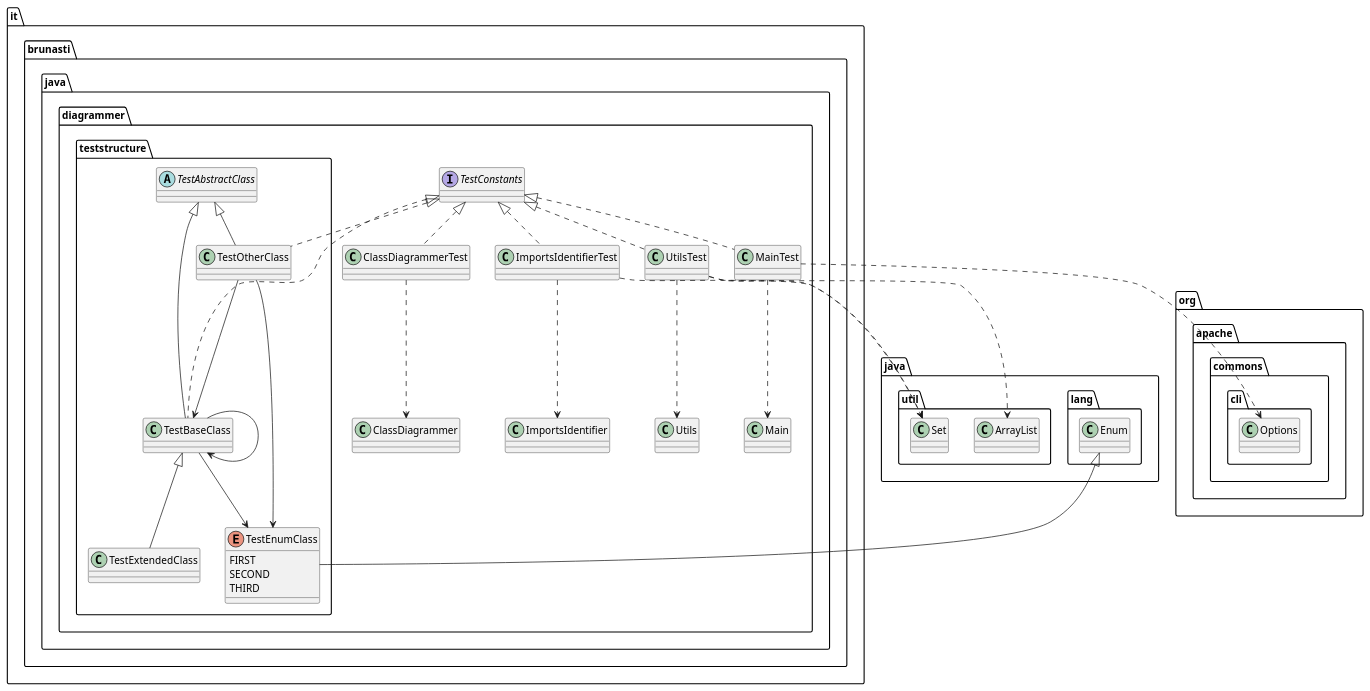
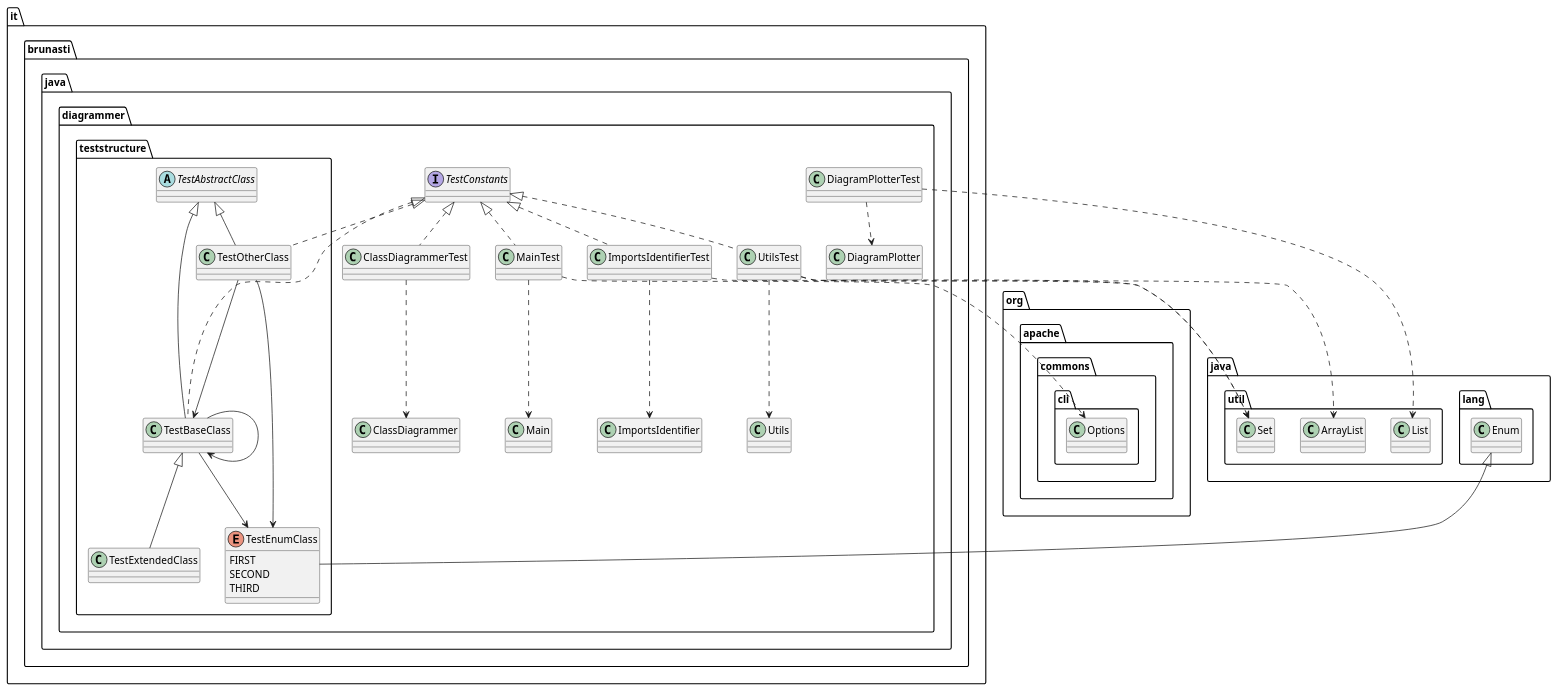
Before and after one commit to brunasti/java-diagrammer: the diagram in docs/output-test.puml, drawn with PlantUML. The commit also changed 3 other files, not shown here.

Commit message:
Adds tests for DiagramPlotter

```diff
--- a/docs/output-test.puml
+++ b/docs/output-test.puml
@@ -1,62 +1,65 @@
 @startuml
 'https://plantuml.com/class-diagram
 
 ' GENERATE CLASS DIAGRAM ===========
 ' Generator       : it.brunasti.java.diagrammer.ClassDiagrammer
 ' Path            : [./target/test-classes]
 ' Configuration   : []
-' Generated at    : Fri Mar 29 13:14:27 CET 2024
+' Generated at    : Tue Apr 02 10:16:12 CEST 2024
 
 
 
 ' CLASSES =======
 class it.brunasti.java.diagrammer.ClassDiagrammerTest
 class it.brunasti.java.diagrammer.UtilsTest
 interface it.brunasti.java.diagrammer.TestConstants
 class it.brunasti.java.diagrammer.ImportsIdentifierTest
+class it.brunasti.java.diagrammer.DiagramPlotterTest
 abstract it.brunasti.java.diagrammer.teststructure.TestAbstractClass
 class it.brunasti.java.diagrammer.teststructure.TestBaseClass
 enum it.brunasti.java.diagrammer.teststructure.TestEnumClass{
   FIRST
   SECOND
   THIRD
 }
 class it.brunasti.java.diagrammer.teststructure.TestExtendedClass
 class it.brunasti.java.diagrammer.teststructure.TestOtherClass
 class it.brunasti.java.diagrammer.MainTest
 
 ' INHERITANCES =======
 it.brunasti.java.diagrammer.teststructure.TestAbstractClass <|-- it.brunasti.java.diagrammer.teststructure.TestBaseClass
 java.lang.Enum <|-- it.brunasti.java.diagrammer.teststructure.TestEnumClass
 it.brunasti.java.diagrammer.teststructure.TestBaseClass <|-- it.brunasti.java.diagrammer.teststructure.TestExtendedClass
 it.brunasti.java.diagrammer.teststructure.TestAbstractClass <|-- it.brunasti.java.diagrammer.teststructure.TestOtherClass
 
 ' IMPLEMENT INTERFACE =======
 it.brunasti.java.diagrammer.TestConstants <|.. it.brunasti.java.diagrammer.ClassDiagrammerTest
 it.brunasti.java.diagrammer.TestConstants <|.. it.brunasti.java.diagrammer.UtilsTest
 it.brunasti.java.diagrammer.TestConstants <|.. it.brunasti.java.diagrammer.ImportsIdentifierTest
 it.brunasti.java.diagrammer.TestConstants <|.. it.brunasti.java.diagrammer.teststructure.TestBaseClass
 it.brunasti.java.diagrammer.TestConstants <|.. it.brunasti.java.diagrammer.teststructure.TestOtherClass
 it.brunasti.java.diagrammer.TestConstants <|.. it.brunasti.java.diagrammer.MainTest
 
 ' FIELDS =======
 it.brunasti.java.diagrammer.teststructure.TestBaseClass --> it.brunasti.java.diagrammer.teststructure.TestBaseClass
 it.brunasti.java.diagrammer.teststructure.TestBaseClass --> it.brunasti.java.diagrammer.teststructure.TestEnumClass
 it.brunasti.java.diagrammer.teststructure.TestOtherClass --> it.brunasti.java.diagrammer.teststructure.TestBaseClass
 it.brunasti.java.diagrammer.teststructure.TestOtherClass --> it.brunasti.java.diagrammer.teststructure.TestEnumClass
 
 ' USES =======
 it.brunasti.java.diagrammer.ClassDiagrammerTest ..> it.brunasti.java.diagrammer.ClassDiagrammer
 it.brunasti.java.diagrammer.UtilsTest ..> it.brunasti.java.diagrammer.Utils
 it.brunasti.java.diagrammer.UtilsTest ..> java.util.Set
 it.brunasti.java.diagrammer.UtilsTest ..> java.util.ArrayList
 it.brunasti.java.diagrammer.ImportsIdentifierTest ..> java.util.Set
 it.brunasti.java.diagrammer.ImportsIdentifierTest ..> it.brunasti.java.diagrammer.ImportsIdentifier
+it.brunasti.java.diagrammer.DiagramPlotterTest ..> it.brunasti.java.diagrammer.DiagramPlotter
+it.brunasti.java.diagrammer.DiagramPlotterTest ..> java.util.List
 it.brunasti.java.diagrammer.MainTest ..> it.brunasti.java.diagrammer.Main
 it.brunasti.java.diagrammer.MainTest ..> org.apache.commons.cli.Options
 
 ' IMPORTS =======
 ' Java Files Path : 
 
 
 @enduml
```
